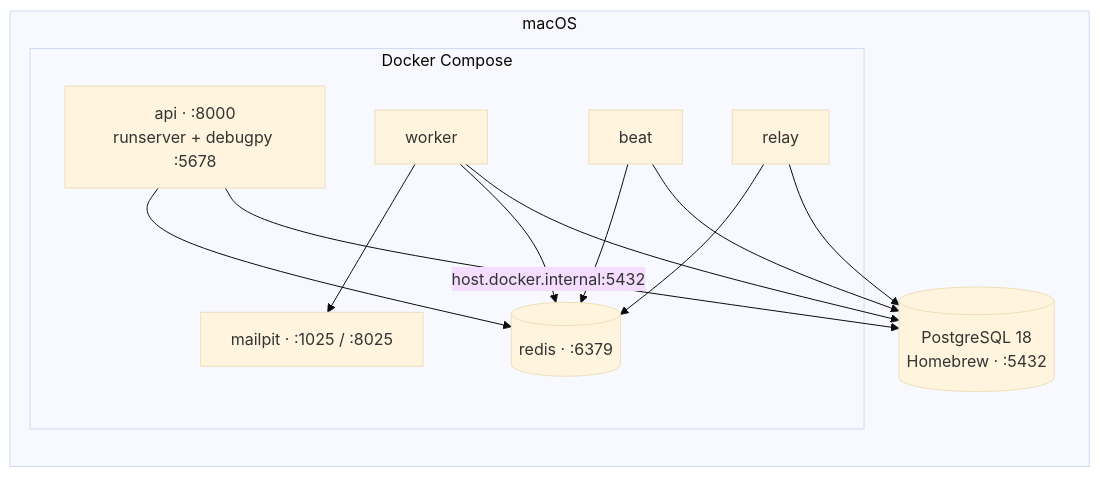
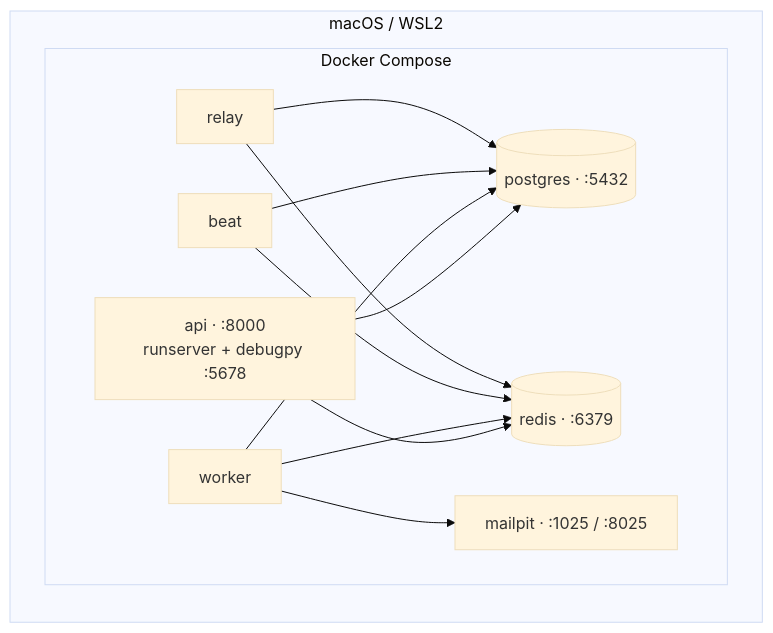
One commit to LuongCongThanh/boilerplate-ecommerce-next-16 changed the diagram in docs/architecture/08-local-development.md. Above: the diagram before and after it, drawn with Mermaid (base theme). The commit also changed other lines of this file and 4 other files, not shown here.

First line of the commit message:
docs: run PostgreSQL and Valkey in Compose and target ElastiCache for Valkey

````diff
--- a/docs/architecture/08-local-development.md
+++ b/docs/architecture/08-local-development.md
@@ -8,23 +8,23 @@
 ```mermaid
 graph LR
-    subgraph mac [macOS]
-        pg[(PostgreSQL 18<br/>Homebrew · :5432)]
+    subgraph mac [macOS / WSL2]
         subgraph docker [Docker Compose]
+            pg[(postgres · :5432)]
             api[api · :8000<br/>runserver + debugpy :5678]
             worker[worker]
             beat[beat]
             relay[relay]
             redis[(redis · :6379)]
             mailpit[mailpit · :1025 / :8025]
         end
     end
-    api -->|host.docker.internal:5432| pg
+    api --> pg
     worker --> pg
     beat --> pg
     relay --> pg
     api --> redis
     worker --> redis
     beat --> redis
     relay --> redis
     worker --> mailpit
 ```
````
